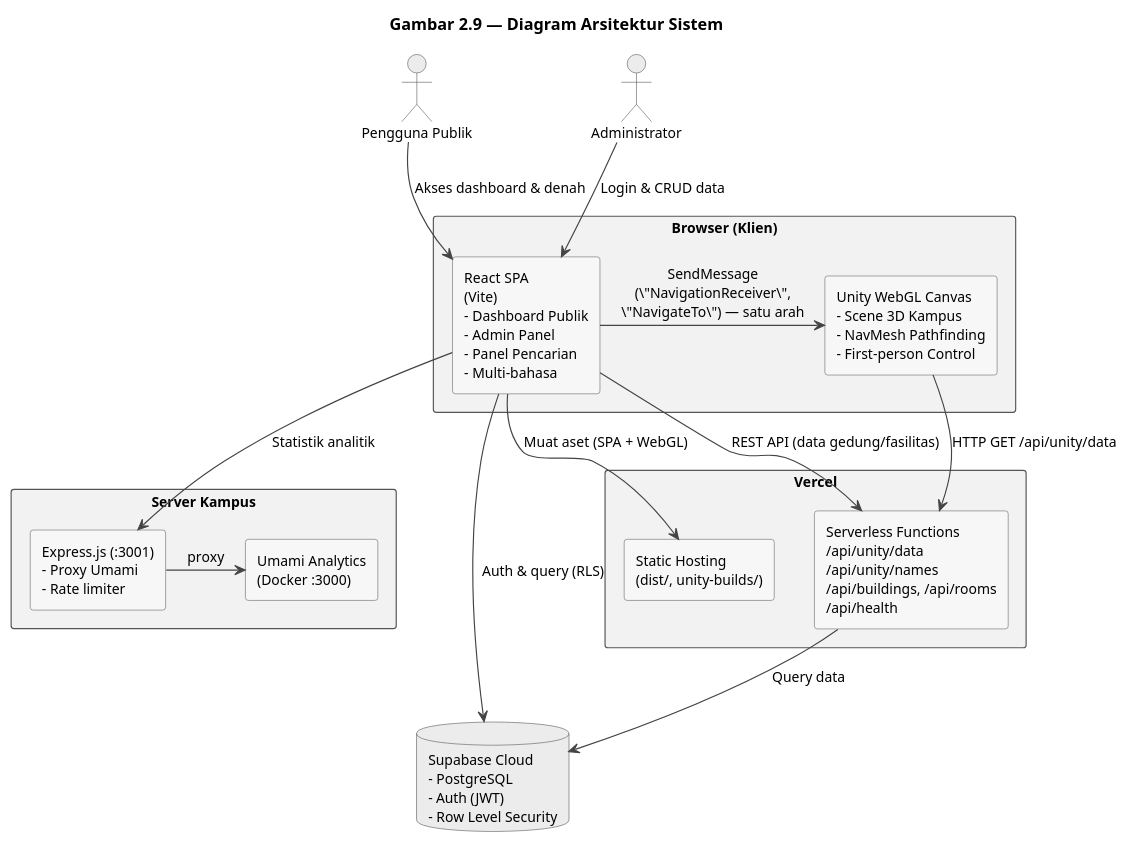
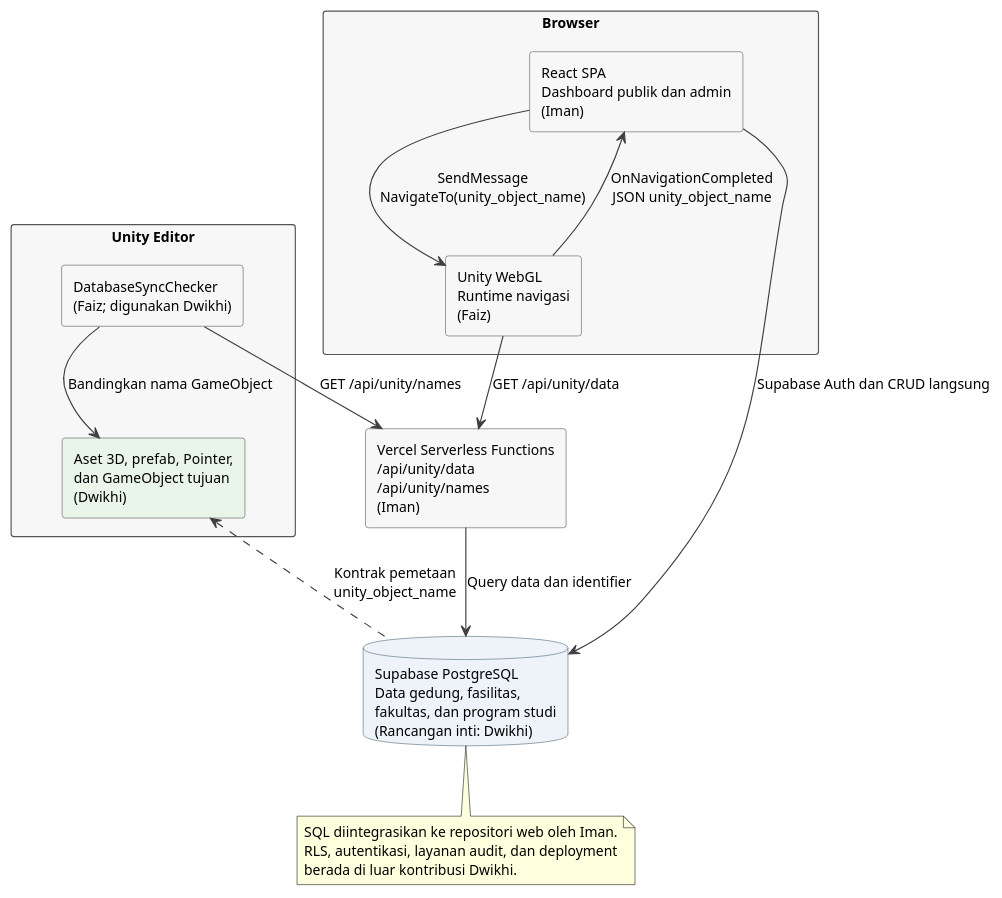
The diagram in diagrams/gambar-2.09-arsitektur-sistem.puml (Jokskuyy/workflow-ta-proyek), drawn with PlantUML before and after one commit. The commit also changed 66 other files, not shown here.

Commit message:
docs(dwikhi): fokuskan laporan pada aset dan basis data

```diff
--- a/diagrams/gambar-2.09-arsitektur-sistem.puml
+++ b/diagrams/gambar-2.09-arsitektur-sistem.puml
@@ -1,68 +1,53 @@
-@startuml gambar-2-09-arsitektur-sistem
-' Gambar 2.9 - Diagram Arsitektur Sistem (versi terkini, mengacu PRD)
-' Menggantikan arsitektur lama (BuildingDataReceiver/BuildingClickHandler - deprecated)
+@startuml gambar-2-09-arsitektur-integrasi-aset-data
 
 skinparam backgroundColor #FFFFFF
 skinparam shadowing false
-skinparam defaultFontName "Segoe UI"
+skinparam defaultFontName "Times New Roman"
 skinparam defaultFontSize 12
-skinparam ArrowColor #444444
+skinparam ArrowColor #3F3F3F
 skinparam componentStyle rectangle
 skinparam rectangle {
-  BackgroundColor #F2F2F2
+  BackgroundColor #F7F7F7
   BorderColor #555555
 }
 skinparam component {
   BackgroundColor #F7F7F7
-  BorderColor #666666
+  BorderColor #555555
 }
 skinparam database {
-  BackgroundColor #ECECEC
-  BorderColor #555555
-}
-skinparam actor {
-  BackgroundColor #ECECEC
-  BorderColor #555555
+  BackgroundColor #EDF3F8
+  BorderColor #4A667A
 }
 
-title Gambar 2.9 — Diagram Arsitektur Sistem
-
-actor "Pengguna Publik" as User
-actor "Administrator" as Admin
-
-rectangle "Browser (Klien)" as Browser {
-  component "React SPA\n(Vite)\n- Dashboard Publik\n- Admin Panel\n- Panel Pencarian\n- Multi-bahasa" as React
-  component "Unity WebGL Canvas\n- Scene 3D Kampus\n- NavMesh Pathfinding\n- First-person Control" as UnityCanvas
-  React -right-> UnityCanvas : SendMessage\n(\"NavigationReceiver\",\n\"NavigateTo\") — satu arah
+rectangle "Browser" {
+  component "React SPA\nDashboard publik dan admin\n(Iman)" as React
+  component "Unity WebGL\nRuntime navigasi\n(Faiz)" as Unity
 }
 
-rectangle "Vercel" as Vercel {
-  component "Static Hosting\n(dist/, unity-builds/)" as Static
-  component "Serverless Functions\n/api/unity/data\n/api/unity/names\n/api/buildings, /api/rooms\n/api/health" as Serverless
+database "Supabase PostgreSQL\nData gedung, fasilitas,\nfakultas, dan program studi\n(Rancangan inti: Dwikhi)" as DB
+
+component "Vercel Serverless Functions\n/api/unity/data\n/api/unity/names\n(Iman)" as API
+
+rectangle "Unity Editor" {
+  component "Aset 3D, prefab, Pointer,\ndan GameObject tujuan\n(Dwikhi)" as Assets #EAF5EA
+  component "DatabaseSyncChecker\n(Faiz; digunakan Dwikhi)" as Checker
 }
 
-rectangle "Server Kampus" as Kampus {
-  component "Express.js (:3001)\n- Proxy Umami\n- Rate limiter" as Express
-  component "Umami Analytics\n(Docker :3000)" as Umami
-  Express -right-> Umami : proxy
-}
+React --> DB : Supabase Auth dan CRUD langsung
+API --> DB : Query data dan identifier
+Unity --> API : GET /api/unity/data
+Checker --> API : GET /api/unity/names
+Checker --> Assets : Bandingkan nama GameObject
 
-database "Supabase Cloud\n- PostgreSQL\n- Auth (JWT)\n- Row Level Security" as Supabase
+React --> Unity : SendMessage\nNavigateTo(unity_object_name)
+Unity --> React : OnNavigationCompleted\nJSON unity_object_name
 
-' Alur pengguna
-User --> React : Akses dashboard & denah
-Admin --> React : Login & CRUD data
+DB ..> Assets : Kontrak pemetaan\nunity_object_name
 
-' Frontend ke layanan
-React --> Static : Muat aset (SPA + WebGL)
-React --> Serverless : REST API (data gedung/fasilitas)
-React --> Supabase : Auth & query (RLS)
-React --> Express : Statistik analitik
-
-' Unity menarik data sendiri (runtime)
-UnityCanvas --> Serverless : HTTP GET /api/unity/data
-
-' Serverless ke database
-Serverless --> Supabase : Query data
+note bottom of DB
+  SQL diintegrasikan ke repositori web oleh Iman.
+  RLS, autentikasi, layanan audit, dan deployment
+  berada di luar kontribusi Dwikhi.
+end note
 
 @enduml
```
